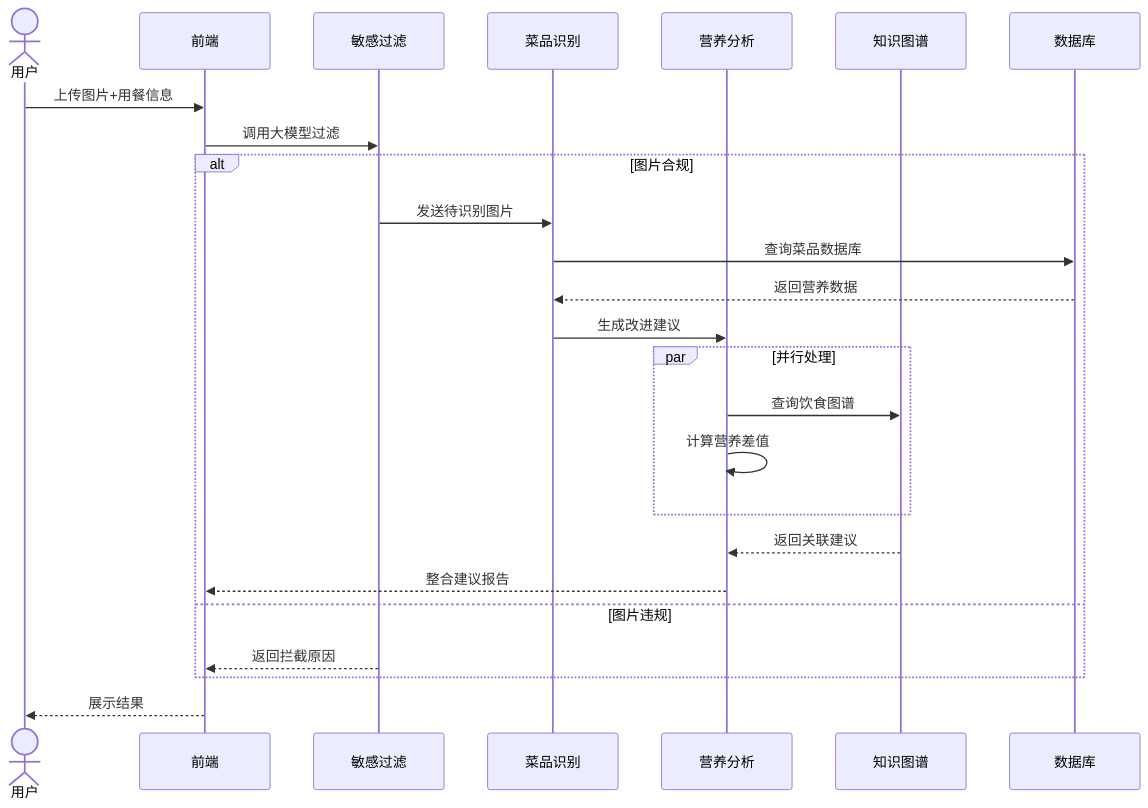
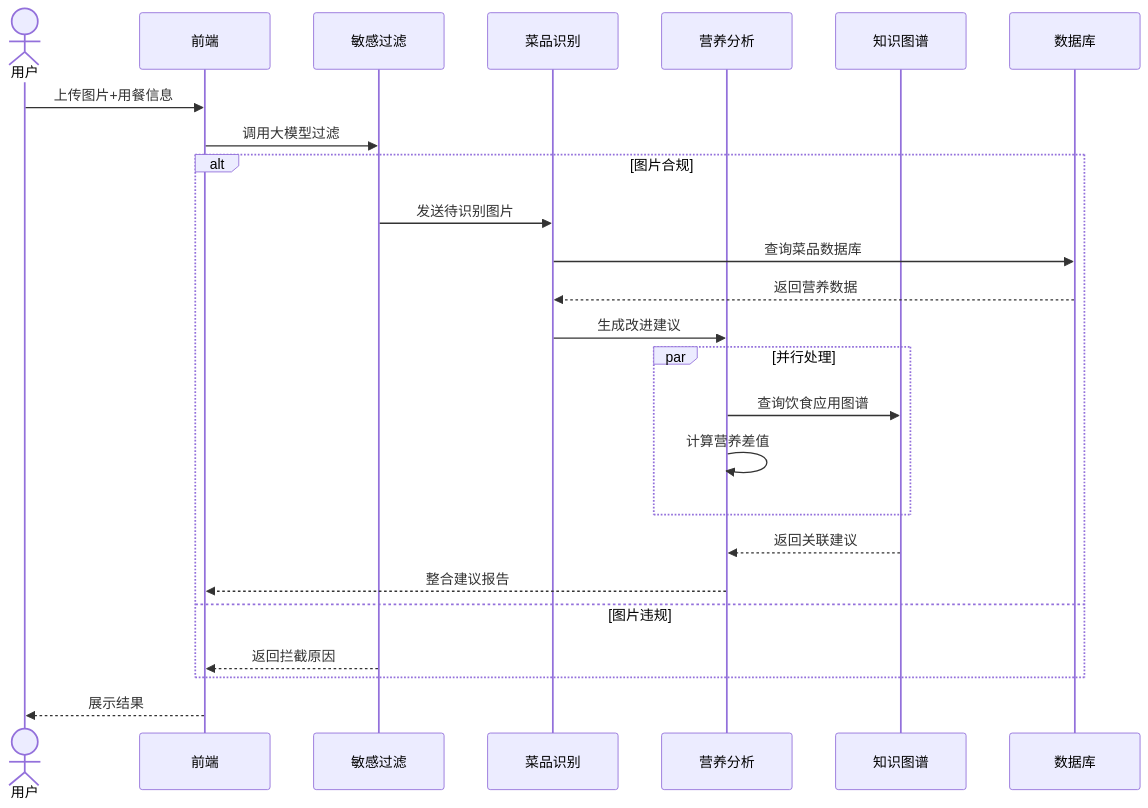
One commit to funnyData/iodraw-files changed the diagram in all/未命名-1.md. Above: the diagram before and after it, drawn with Mermaid.

Commit message:
2025-03-19 16:37:29 update

````diff
--- a/all/未命名-1.md
+++ b/all/未命名-1.md
@@ -1,29 +1,29 @@
 ```mermaid
 %% 数据流图（基于网页1/2/5的时序图语法优化）
 sequenceDiagram
     actor User as 用户
     participant FE as 前端
     participant SF as 敏感过滤
     participant DR as 菜品识别
     participant NA as 营养分析
     participant KG as 知识图谱
     participant DB as 数据库
 
     User->>FE: 上传图片+用餐信息
     FE->>SF: 调用大模型过滤
     alt 图片合规
         SF->>DR: 发送待识别图片
         DR->>DB: 查询菜品数据库
         DB-->>DR: 返回营养数据
         DR->>NA: 生成改进建议
         par 并行处理
-            NA->>KG: 查询饮食图谱
+            NA->>KG: 查询饮食应用图谱
             NA->>NA: 计算营养差值
         end
         KG-->>NA: 返回关联建议
         NA-->>FE: 整合建议报告
     else 图片违规
         SF-->>FE: 返回拦截原因
     end
     FE-->>User: 展示结果
 ```
````
